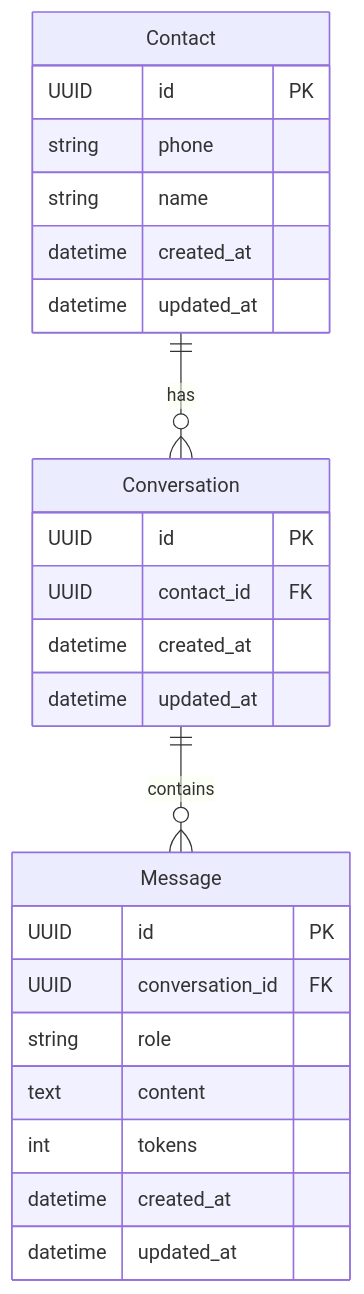
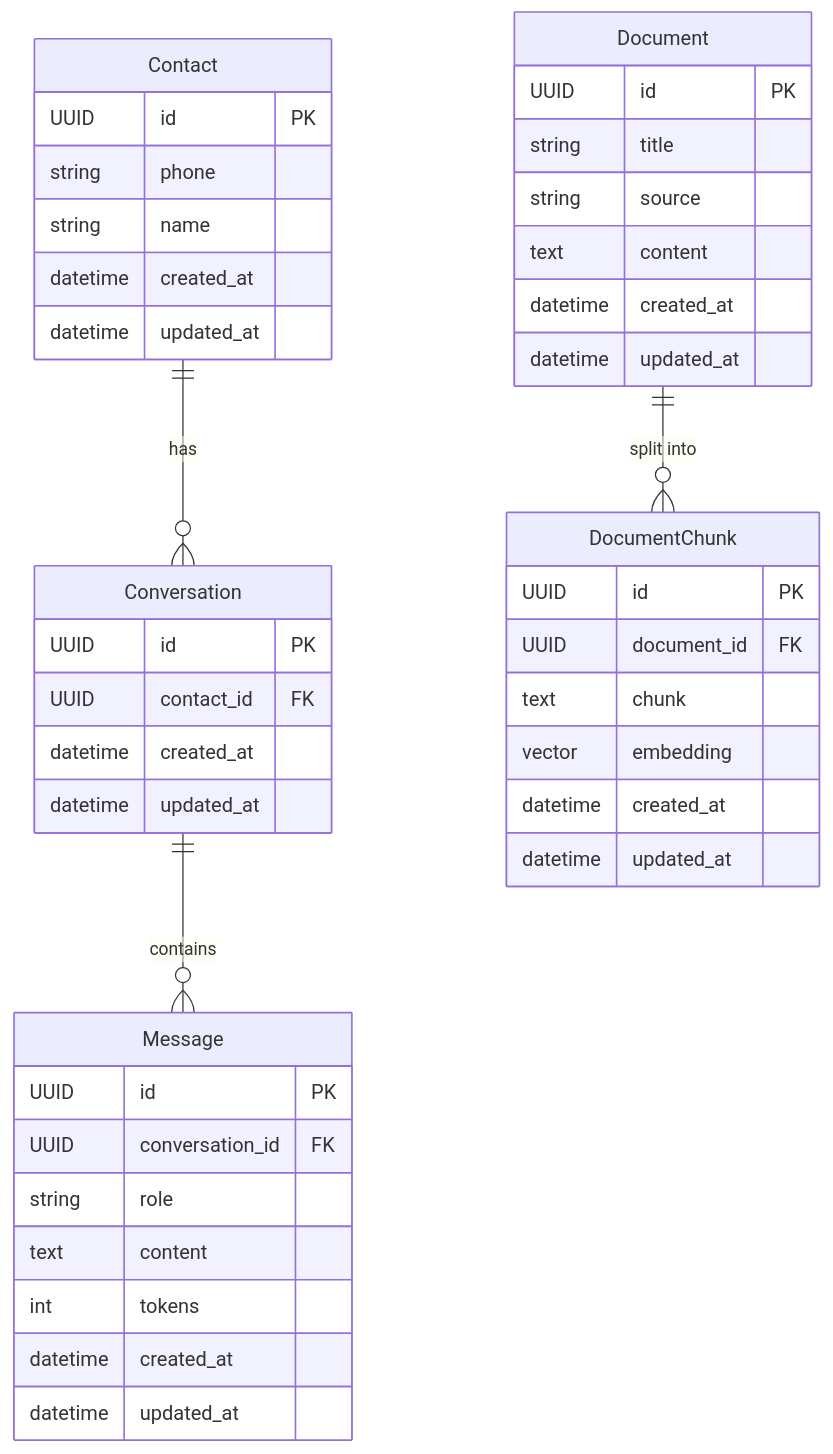
One commit to camercadop/knowledge-support-ai-agent changed the diagram in app/models/README.md. Above: the diagram before and after it, drawn with Mermaid. The commit also changed 12 other files, not shown here.

Commit message:
feat: Add document management with vector embeddings

````diff
--- a/app/models/README.md
+++ b/app/models/README.md
@@ -7,28 +7,46 @@
 ```mermaid
 erDiagram
     Contact {
         UUID id PK
         string phone
         string name
         datetime created_at
         datetime updated_at
     }
     Conversation {
         UUID id PK
         UUID contact_id FK
         datetime created_at
         datetime updated_at
     }
     Message {
         UUID id PK
         UUID conversation_id FK
         string role
         text content
         int tokens
         datetime created_at
         datetime updated_at
     }
 
+    Document {
+        UUID id PK
+        string title
+        string source
+        text content
+        datetime created_at
+        datetime updated_at
+    }
+    DocumentChunk {
+        UUID id PK
+        UUID document_id FK
+        text chunk
+        vector embedding
+        datetime created_at
+        datetime updated_at
+    }
+
     Contact ||--o{ Conversation : "has"
     Conversation ||--o{ Message : "contains"
+    Document ||--o{ DocumentChunk : "split into"
 ```
````
